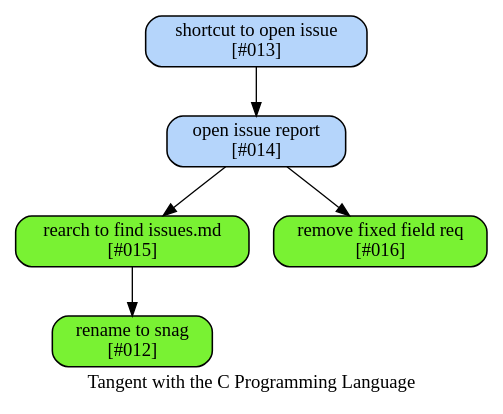
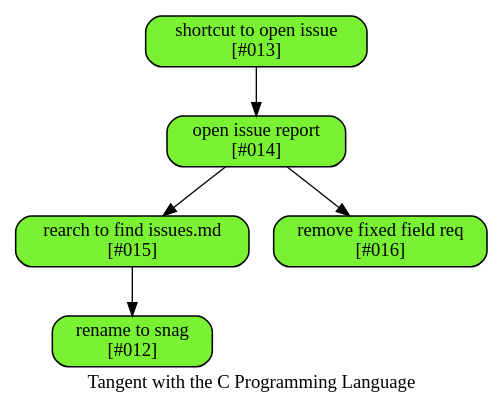
Before and after one commit to hipe/tmx: the diagram in lib/skylab/snag/doc/issues.dot, drawn with Graphviz. The commit also changed 15 other files, not shown here.

First line of the commit message:
CLOSE [#snag-013-shortcut-for-open-issue]

```diff
--- a/lib/skylab/snag/doc/issues.dot
+++ b/lib/skylab/snag/doc/issues.dot
@@ -1,34 +1,35 @@
 # created by tan-man on 2013-01-02 04:33:31 UTC
 
 digraph {
 
 /*
   example stmt_list:
     foo -> bar
     biff -> baz
 
   example node_stmt:
     learn_c [label="learn C somehow"]
 */
 
 
 
 label="Tangent with the C Programming Language"
 
 node [label="\N", style="filled", fillcolor="#b5d5fb", fontname="Futura", penwidth="1.1566", shape="Mrecord"]
 
 # #todo something is borked about these in their positioning in the file
 #                 blue : fillcolor="#b5d5fb"
+#                 done : finished
 #             finished : green
 #                green : fillcolor="#79f233"
 
-open [label="open issue report\n[#014]"]
+open [fillcolor="#79f233", label="open issue report\n[#014]"]
 rearch [fillcolor="#79f233", label="rearch to find issues.md\n[#015]"]
 remove [fillcolor="#79f233", label="remove fixed field req\n[#016]"]
 rename [fillcolor="#79f233", label="rename to snag\n[#012]"]
-shortcut [label="shortcut to open issue\n[#013]"]
+shortcut [fillcolor="#79f233", label="shortcut to open issue\n[#013]"]
 open -> rearch
 open -> remove
 rearch -> rename
 shortcut -> open
 }
```
